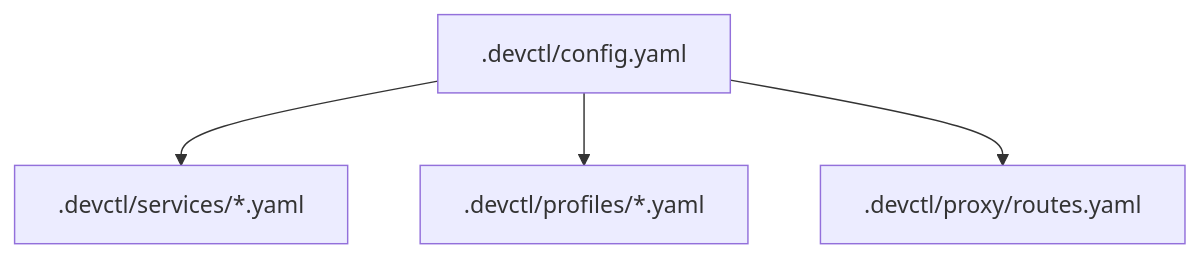
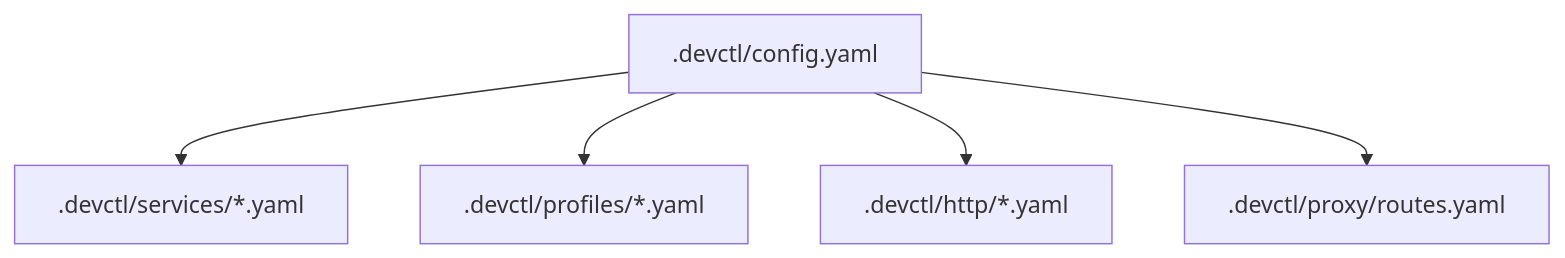
The second of 3 diagrams in docs/configuration.md (amr-m-abdelgawad/devctl), drawn with Mermaid before and after one commit. The commit also changed other lines of this file and 48 other files, not shown here.

````diff
--- a/docs/configuration.md
+++ b/docs/configuration.md
@@ -34,6 +34,7 @@
 ```mermaid
 flowchart TB
   main[".devctl/config.yaml"] --> services[".devctl/services/*.yaml"]
   main --> profiles[".devctl/profiles/*.yaml"]
+  main --> http[".devctl/http/*.yaml"]
   main --> routes[".devctl/proxy/routes.yaml"]
 ```
````
